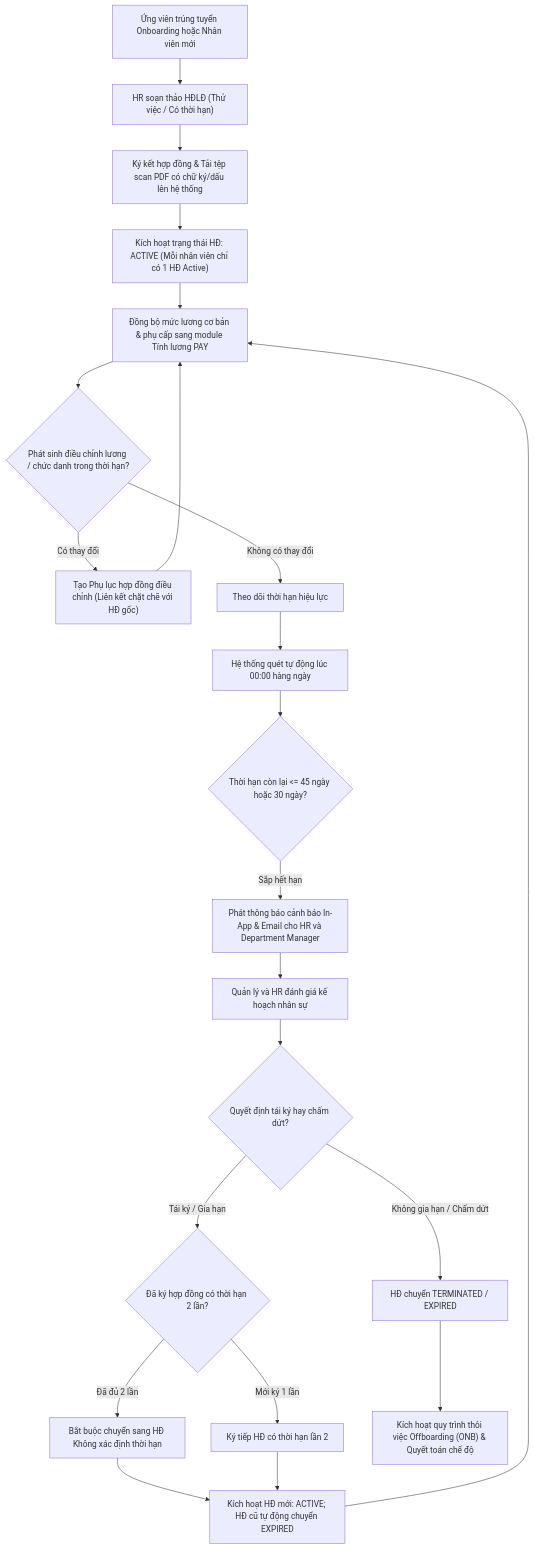
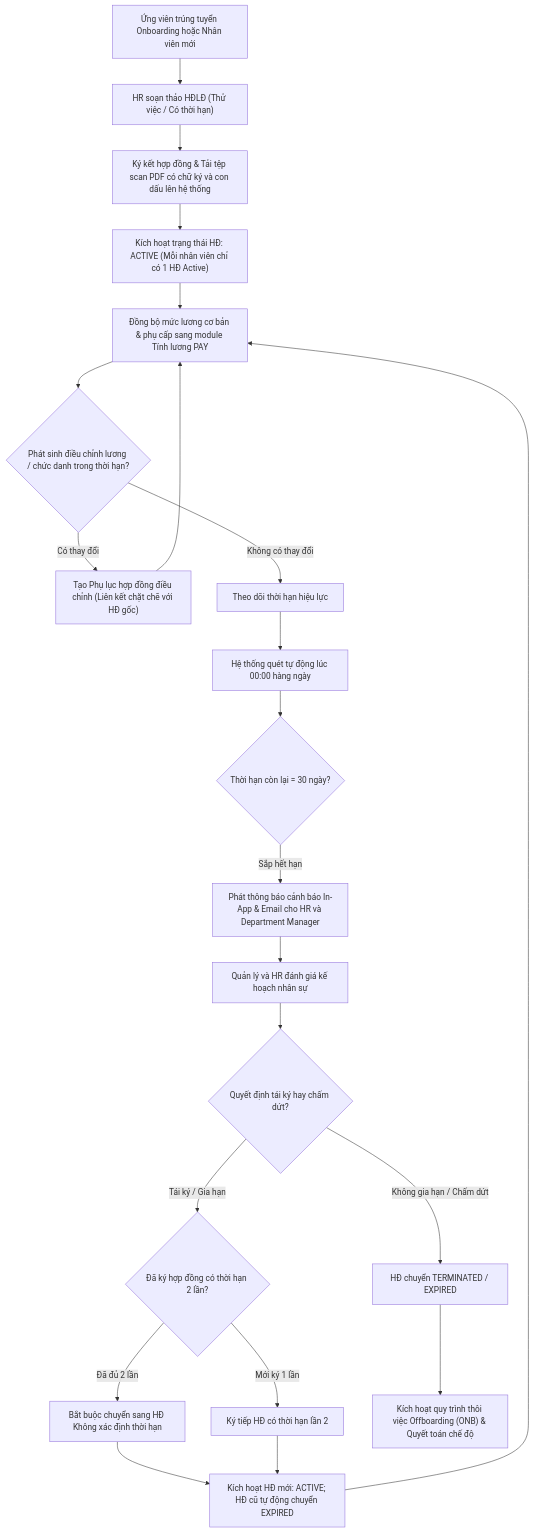
One commit to LongIch2810/hrm changed the diagram in docs/prd/workflow/contract-lifecycle-workflow.md. Above: the diagram before and after it, drawn with Mermaid. The commit also changed other lines of this file and 64 other files, not shown here.

````diff
--- a/docs/prd/workflow/contract-lifecycle-workflow.md
+++ b/docs/prd/workflow/contract-lifecycle-workflow.md
@@ -14,23 +14,23 @@
 ```mermaid
 flowchart TD
     A["Ứng viên trúng tuyển Onboarding hoặc Nhân viên mới"] --> B["HR soạn thảo HĐLĐ (Thử việc / Có thời hạn)"]
-    B --> C["Ký kết hợp đồng & Tải tệp scan PDF có chữ ký/dấu lên hệ thống"]
+    B --> C["Ký kết hợp đồng & Tải tệp scan PDF có chữ ký và con dấu lên hệ thống"]
     C --> D["Kích hoạt trạng thái HĐ: ACTIVE (Mỗi nhân viên chỉ có 1 HĐ Active)"]
     D --> E["Đồng bộ mức lương cơ bản & phụ cấp sang module Tính lương PAY"]
     E --> F{"Phát sinh điều chỉnh lương / chức danh trong thời hạn?"}
     F -- "Có thay đổi" --> G["Tạo Phụ lục hợp đồng điều chỉnh (Liên kết chặt chẽ với HĐ gốc)"]
     G --> E
     F -- "Không có thay đổi" --> H["Theo dõi thời hạn hiệu lực"]
     H --> I["Hệ thống quét tự động lúc 00:00 hàng ngày"]
-    I --> J{"Thời hạn còn lại <= 45 ngày hoặc 30 ngày?"}
+    I --> J{"Thời hạn còn lại = 30 ngày?"}
     J -- "Sắp hết hạn" --> K["Phát thông báo cảnh báo In-App & Email cho HR và Department Manager"]
     K --> L["Quản lý và HR đánh giá kế hoạch nhân sự"]
     L --> M{"Quyết định tái ký hay chấm dứt?"}
     M -- "Tái ký / Gia hạn" --> N{"Đã ký hợp đồng có thời hạn 2 lần?"}
     N -- "Đã đủ 2 lần" --> O["Bắt buộc chuyển sang HĐ Không xác định thời hạn"]
     N -- "Mới ký 1 lần" --> P["Ký tiếp HĐ có thời hạn lần 2"]
     O & P --> Q["Kích hoạt HĐ mới: ACTIVE; HĐ cũ tự động chuyển EXPIRED"]
     Q --> E
     M -- "Không gia hạn / Chấm dứt" --> R["HĐ chuyển TERMINATED / EXPIRED"]
     R --> S["Kích hoạt quy trình thôi việc Offboarding (ONB) & Quyết toán chế độ"]
 ```
````
